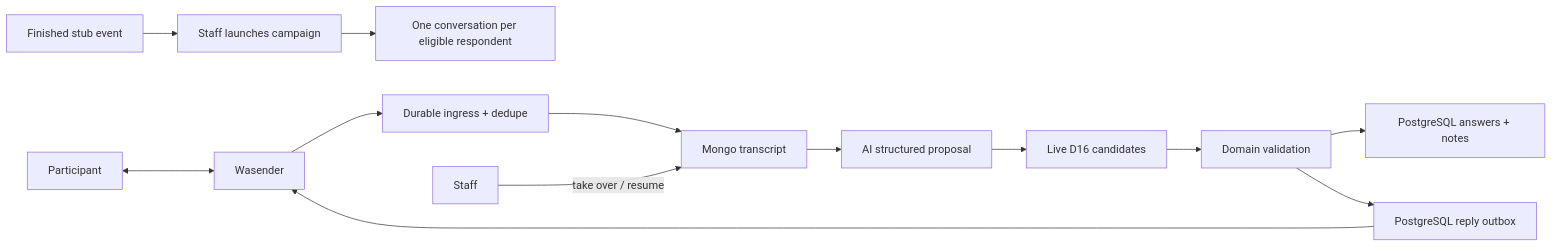
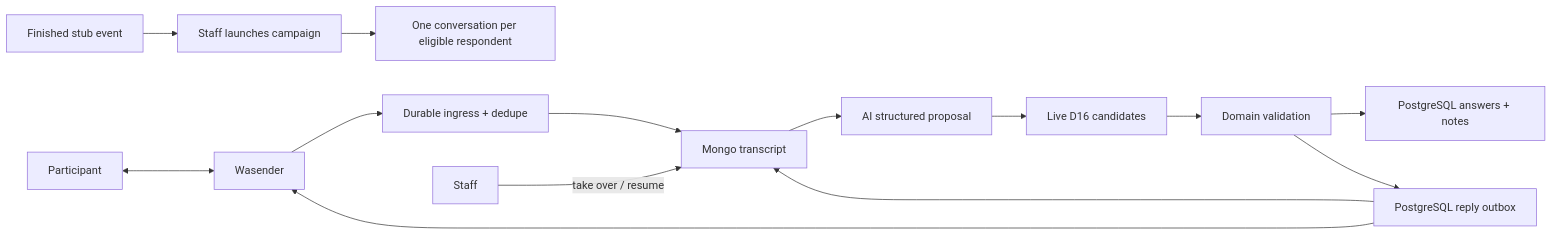
The first of 4 diagrams in docs/backend/modules/post-event-feedback.md (johnakisk0700/slopform), drawn with Mermaid before and after one commit. The commit also changed other lines of this file and 19 other files, not shown here.

````diff
--- a/docs/backend/modules/post-event-feedback.md
+++ b/docs/backend/modules/post-event-feedback.md
@@ -99,15 +99,16 @@
 ```mermaid
 flowchart LR
   Event["Finished stub event"] --> Launch["Staff launches campaign"]
   Launch --> Threads["One conversation per eligible respondent"]
   Participant["Participant"] <--> Wasender["Wasender"]
   Wasender --> Ingress["Durable ingress + dedupe"]
   Ingress --> Transcript["Mongo transcript"]
   Transcript --> Extract["AI structured proposal"]
   Extract --> Candidates["Live D16 candidates"]
   Candidates --> Validate["Domain validation"]
   Validate --> Results["PostgreSQL answers + notes"]
   Validate --> Outbox["PostgreSQL reply outbox"]
+  Outbox --> Transcript
   Outbox --> Wasender
   Staff["Staff"] -->|"take over / resume"| Transcript
 ```
````
